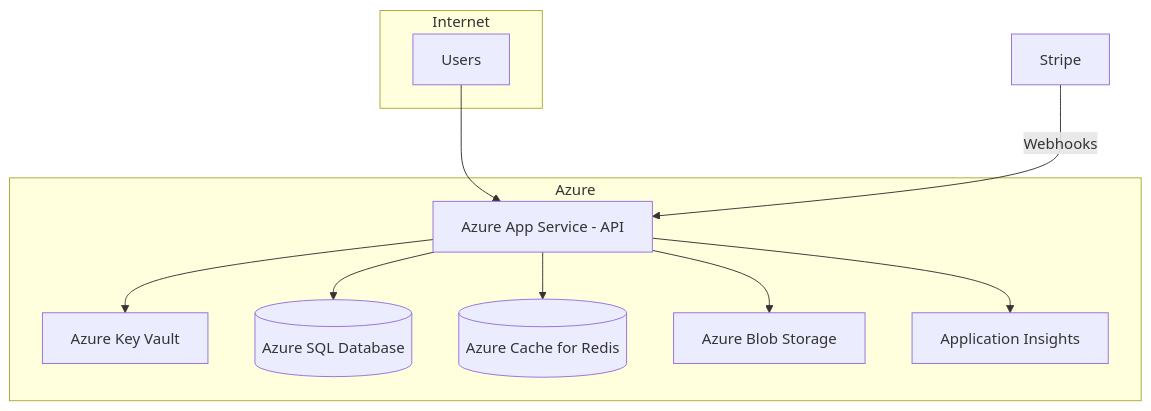
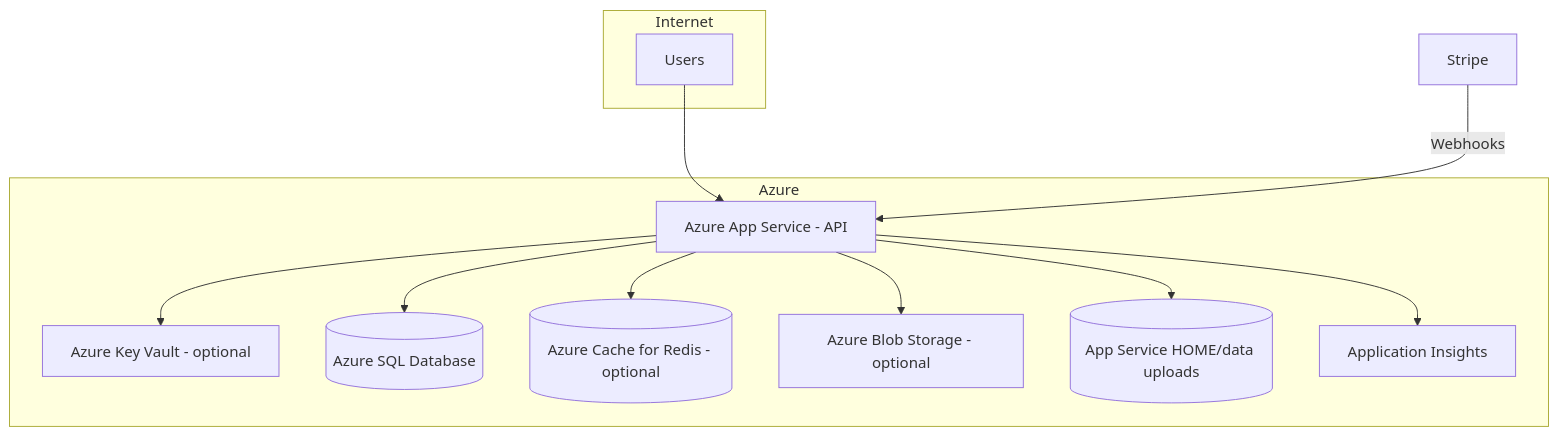
One commit to jaatvishal/nature-schakki_backend changed the diagram in docs/08-Deployment.md. Above: the diagram before and after it, drawn with Mermaid. The commit also changed other lines of this file and 14 other files, not shown here.

````diff
--- a/docs/08-Deployment.md
+++ b/docs/08-Deployment.md
@@ -41,25 +41,27 @@
 ```mermaid
 flowchart TB
     subgraph Internet
         USER[Users]
     end
 
     subgraph Azure
         APP[Azure App Service - API]
-        KV[Azure Key Vault]
+        KV[Azure Key Vault - optional]
         SQL[(Azure SQL Database)]
-        REDIS[(Azure Cache for Redis)]
-        BLOB[Azure Blob Storage]
+        REDIS[(Azure Cache for Redis - optional)]
+        BLOB[Azure Blob Storage - optional]
+        LOCAL[(App Service HOME/data uploads)]
         INS[Application Insights]
     end
 
     STRIPE[Stripe]
 
     USER --> APP
     APP --> KV
     APP --> SQL
+    APP --> LOCAL
     APP --> REDIS
     APP --> BLOB
     APP --> INS
     STRIPE -->|Webhooks| APP
 ```
````
